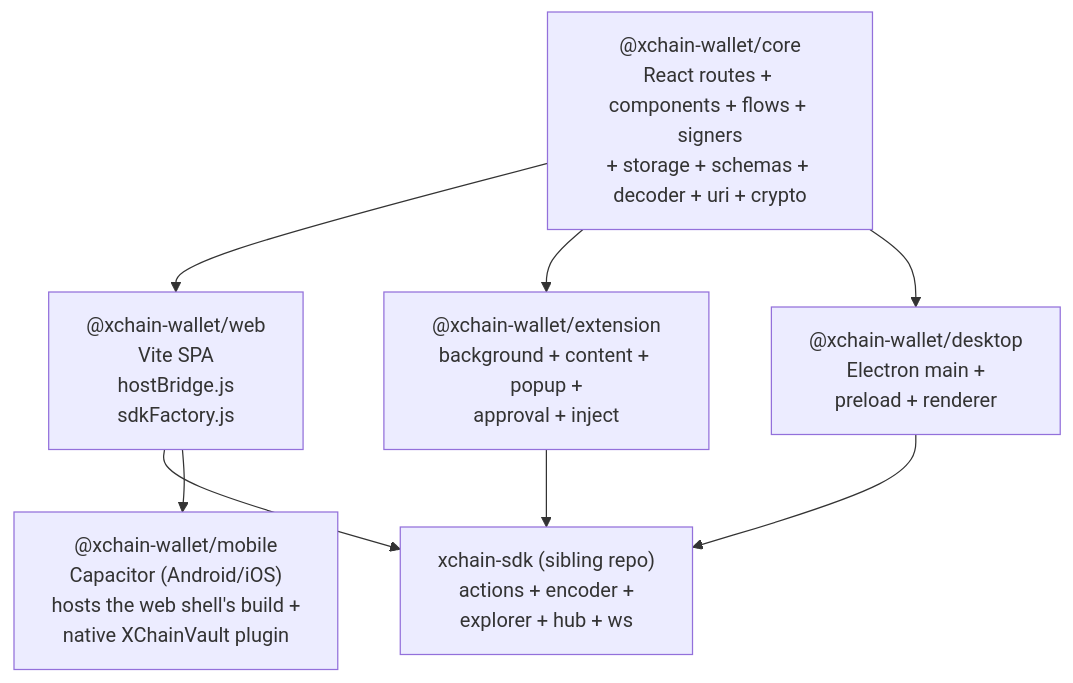
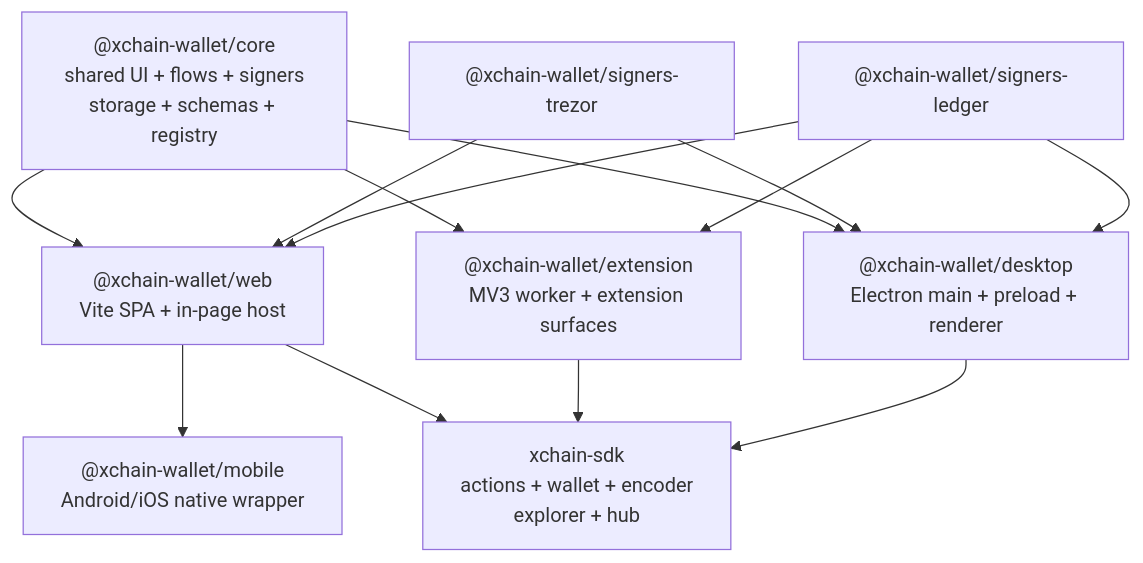
The first of 2 diagrams in components/wallet/architecture.md (XChain-Platform/xchain-documentation), drawn with Mermaid before and after one commit. The commit also changed other lines of this file, not shown here.

Commit message:
Document current wallet architecture

````diff
--- a/components/wallet/architecture.md
+++ b/components/wallet/architecture.md
@@ -48,17 +58,24 @@
 ```mermaid
 flowchart TD
-    CORE["@xchain-wallet/core<br>React routes + components + flows + signers<br>+ storage + schemas + decoder + uri + crypto"]
-    WEB["@xchain-wallet/web<br>Vite SPA<br>hostBridge.js<br>sdkFactory.js"]
-    EXT["@xchain-wallet/extension<br>background + content + popup +<br>approval + inject"]
-    DESKTOP["@xchain-wallet/desktop<br>Electron main +<br>preload + renderer"]
-    MOBILE["@xchain-wallet/mobile<br>Capacitor (Android/iOS)<br>hosts the web shell's build +<br>native XChainVault plugin"]
-    SDK["xchain-sdk (sibling repo)<br>actions + encoder +<br>explorer + hub + ws"]
+    CORE["@xchain-wallet/core<br>shared UI + flows + signers<br>storage + schemas + registry"]
+    WEB["@xchain-wallet/web<br>Vite SPA + in-page host"]
+    EXT["@xchain-wallet/extension<br>MV3 worker + extension surfaces"]
+    DESKTOP["@xchain-wallet/desktop<br>Electron main + preload + renderer"]
+    MOBILE["@xchain-wallet/mobile<br>Android/iOS native wrapper"]
+    TREZOR["@xchain-wallet/signers-trezor"]
+    LEDGER["@xchain-wallet/signers-ledger"]
+    SDK["xchain-sdk<br>actions + wallet + encoder<br>explorer + hub"]
 
     CORE --> WEB
     CORE --> EXT
     CORE --> DESKTOP
+    WEB --> MOBILE
+    TREZOR --> WEB
+    TREZOR --> DESKTOP
+    LEDGER --> WEB
+    LEDGER --> EXT
+    LEDGER --> DESKTOP
     WEB --> SDK
     EXT --> SDK
     DESKTOP --> SDK
-    WEB --> MOBILE
 ```
````
